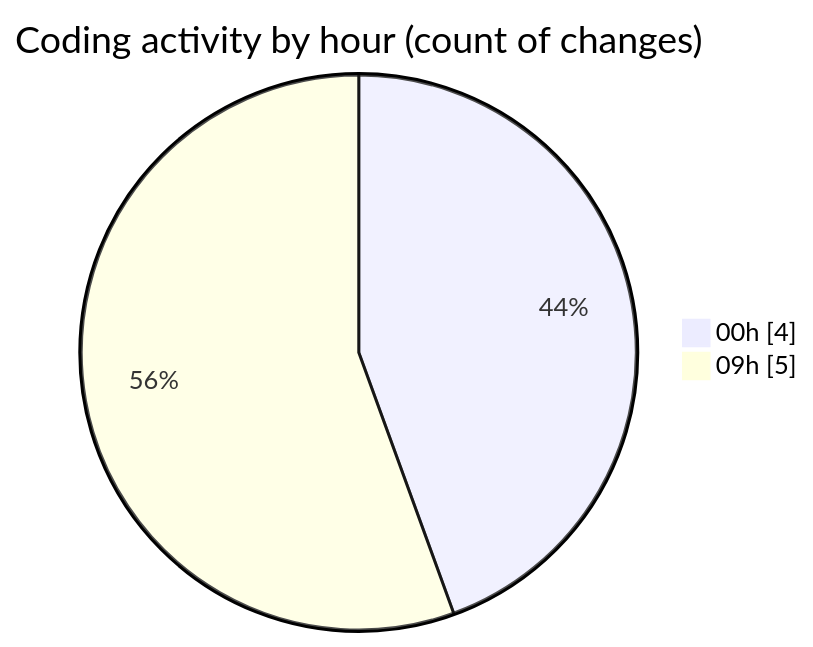
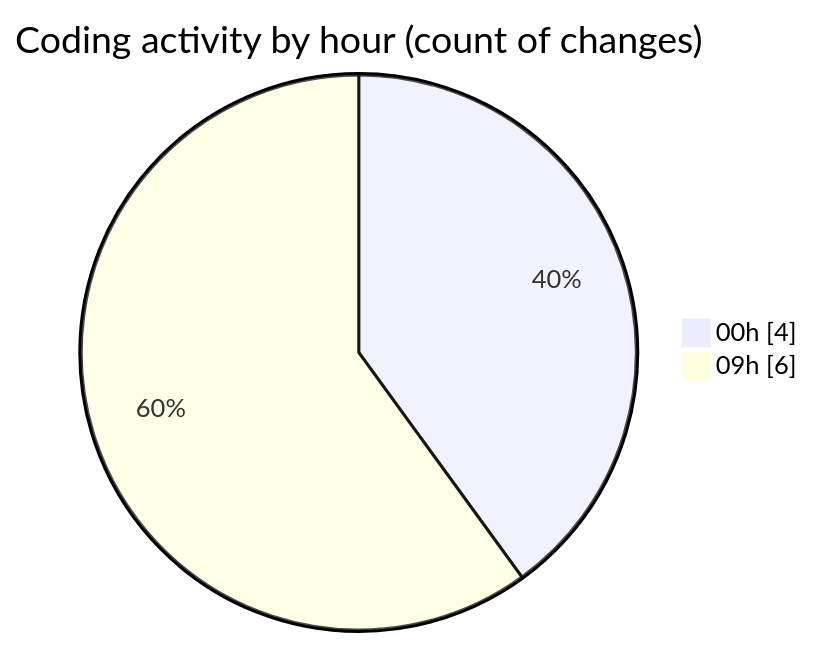
One commit to julien-gomy/code-tracking changed the second of 2 diagrams in 2025-11-06/cdp_aleoudev_fr__workspace_/README.md. Above: the diagram before and after it, drawn with Mermaid. The commit also changed other lines of this file and 1 other file, not shown here.

````diff
--- a/2025-11-06/cdp_aleoudev_fr__workspace_/README.md
+++ b/2025-11-06/cdp_aleoudev_fr__workspace_/README.md
@@ -33,6 +34,6 @@
 ```mermaid
 pie showData
 title Coding activity by hour (count of changes)
 "00h" : 4
-"09h" : 5
+"09h" : 6
 ```
````
